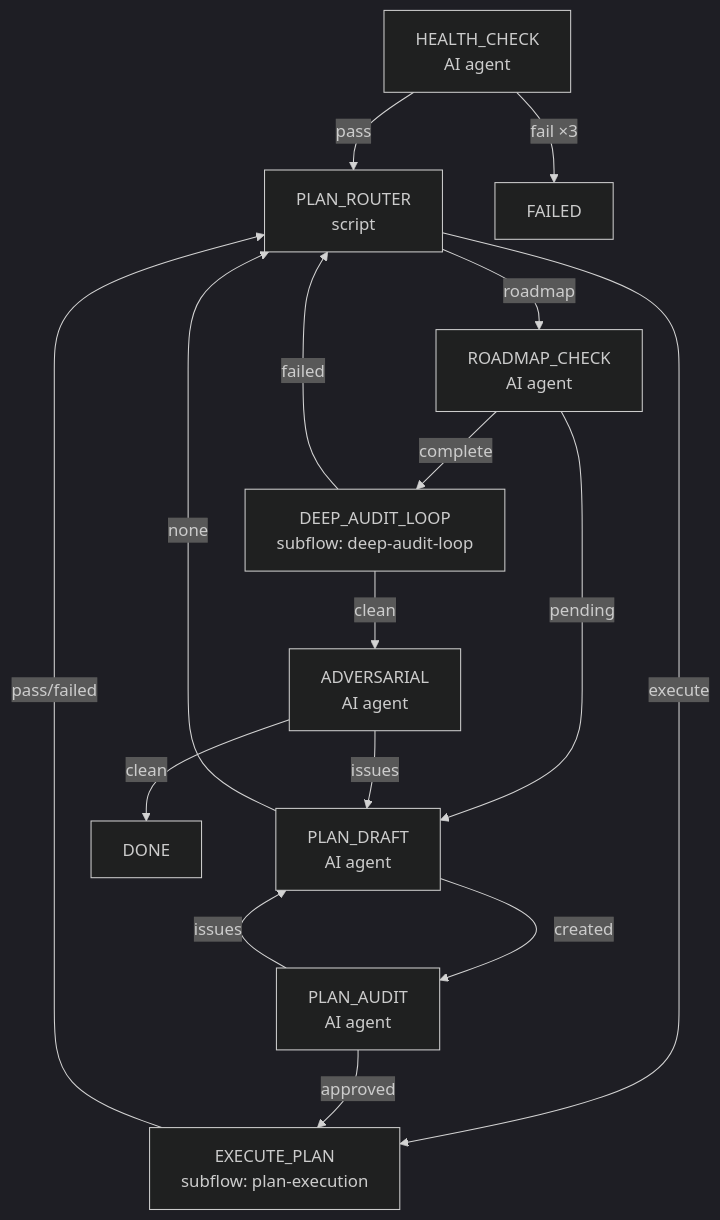
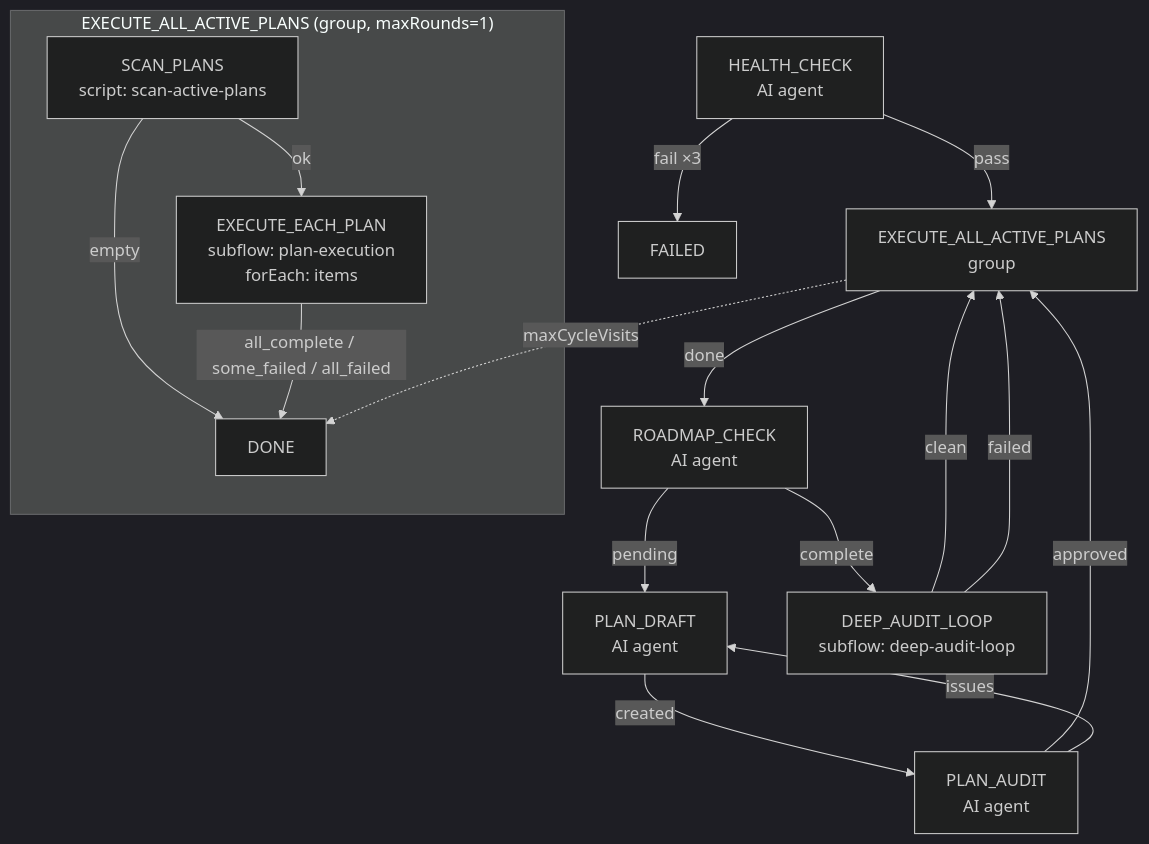
One commit to entropy-cloud/nop-entropy changed the first of 3 diagrams in ai-dev/design/opencode-goal-driver/goal-driver-flow-design.md. Above: the diagram before and after it, drawn with Mermaid (dark theme). The commit also changed other lines of this file and 52 other files, not shown here.

````diff
--- a/ai-dev/design/opencode-goal-driver/goal-driver-flow-design.md
+++ b/ai-dev/design/opencode-goal-driver/goal-driver-flow-design.md
@@ -39,25 +43,26 @@
 ```mermaid
 flowchart TD
-    HC["HEALTH_CHECK<br/>AI agent"] -->|pass| PR["PLAN_ROUTER<br/>script"]
+    HC["HEALTH_CHECK<br/>AI agent"] -->|pass| EAP["EXECUTE_ALL_ACTIVE_PLANS<br/>group"]
     HC -->|fail ×3| FAILED
 
-    PR -->|execute| EP["EXECUTE_PLAN<br/>subflow: plan-execution"]
-    PR -->|roadmap| RC["ROADMAP_CHECK<br/>AI agent"]
+    subgraph EAP_G["EXECUTE_ALL_ACTIVE_PLANS (group, maxRounds=1)"]
+        SP["SCAN_PLANS<br/>script: scan-active-plans"] -->|ok| EEP["EXECUTE_EACH_PLAN<br/>subflow: plan-execution<br/>forEach: items"]
+        SP -->|empty| DONE
+        EEP -->|all_complete / some_failed / all_failed| DONE
+    end
+
+    EAP -->|done| RC["ROADMAP_CHECK<br/>AI agent"]
 
     RC -->|pending| PD["PLAN_DRAFT<br/>AI agent"]
     RC -->|complete| DAL["DEEP_AUDIT_LOOP<br/>subflow: deep-audit-loop"]
 
     PD -->|created| PA["PLAN_AUDIT<br/>AI agent"]
-    PD -->|none| PR
 
-    PA -->|approved| EP
+    PA -->|approved| EAP
     PA -->|issues| PD
 
-    EP -->|pass/failed| PR
+    DAL -->|clean| EAP
+    DAL -->|failed| EAP
 
-    DAL -->|clean| AD["ADVERSARIAL<br/>AI agent"]
-    DAL -->|failed| PR
-
-    AD -->|clean| DONE
-    AD -->|issues| PD
+    EAP -.->|maxCycleVisits| DONE
 ```
````
